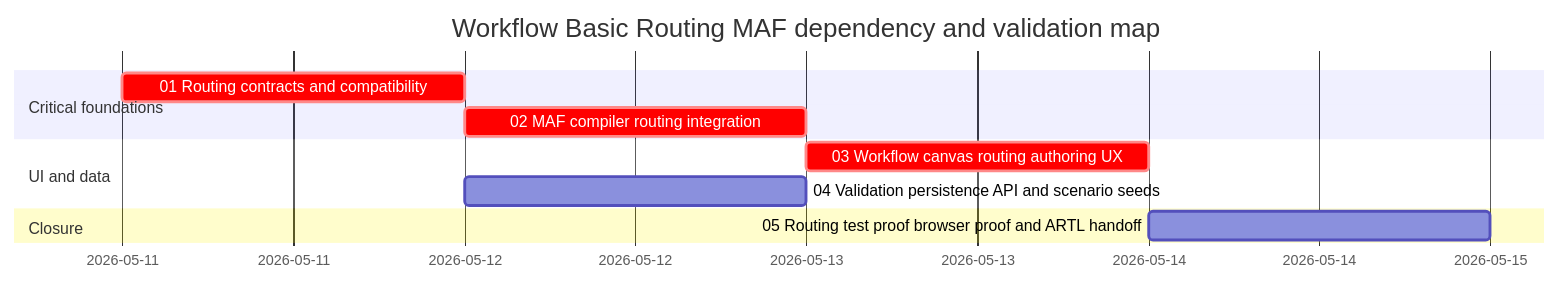
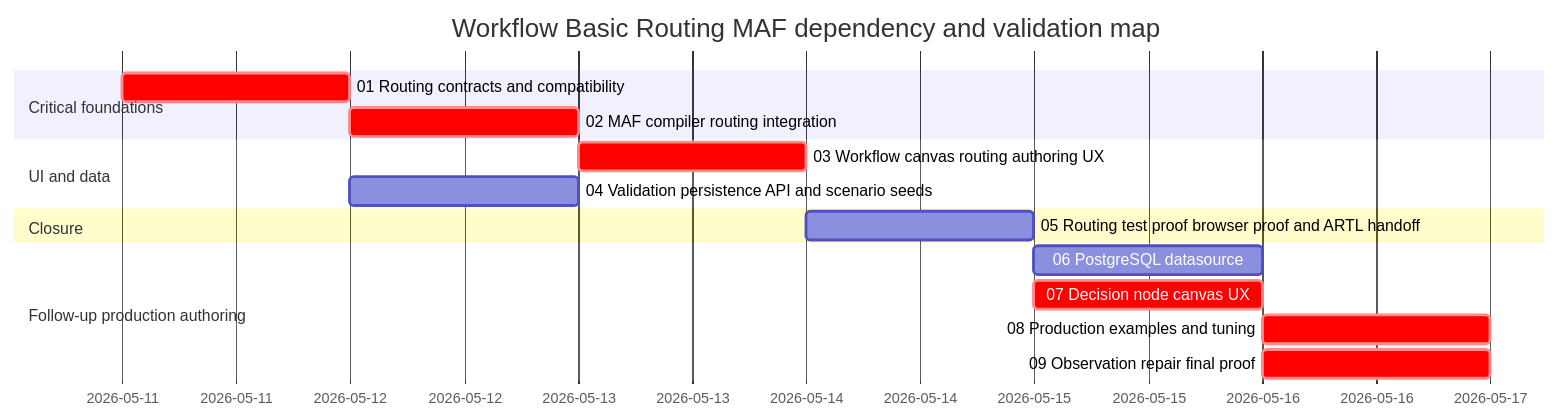
The diagram in codex/bundles/workflow-basic-routing-maf/plan/01-phase-plan.md (fyziktom/CanDoItAll), drawn with Mermaid before and after one commit. The commit also changed other lines of this file and 29 other files, not shown here.

````diff
--- a/codex/bundles/workflow-basic-routing-maf/plan/01-phase-plan.md
+++ b/codex/bundles/workflow-basic-routing-maf/plan/01-phase-plan.md
@@ -13,13 +17,18 @@
 ```mermaid
 gantt
 title Workflow Basic Routing MAF dependency and validation map
 dateFormat  YYYY-MM-DD
 section Critical foundations
 01 Routing contracts and compatibility :crit, s1, 2026-05-11, 1d
 02 MAF compiler routing integration :crit, s2, after s1, 1d
 section UI and data
 03 Workflow canvas routing authoring UX :crit, s3, after s2, 1d
 04 Validation persistence API and scenario seeds :s4, after s1, 1d
 section Closure
 05 Routing test proof browser proof and ARTL handoff :s5, after s3, 1d
+section Follow-up production authoring
+06 PostgreSQL datasource :s6, after s5, 1d
+07 Decision node canvas UX :crit, s7, after s5, 1d
+08 Production examples and tuning :crit, s8, after s6, 1d
+09 Observation repair final proof :crit, s9, after s7, 1d
 ```
````
